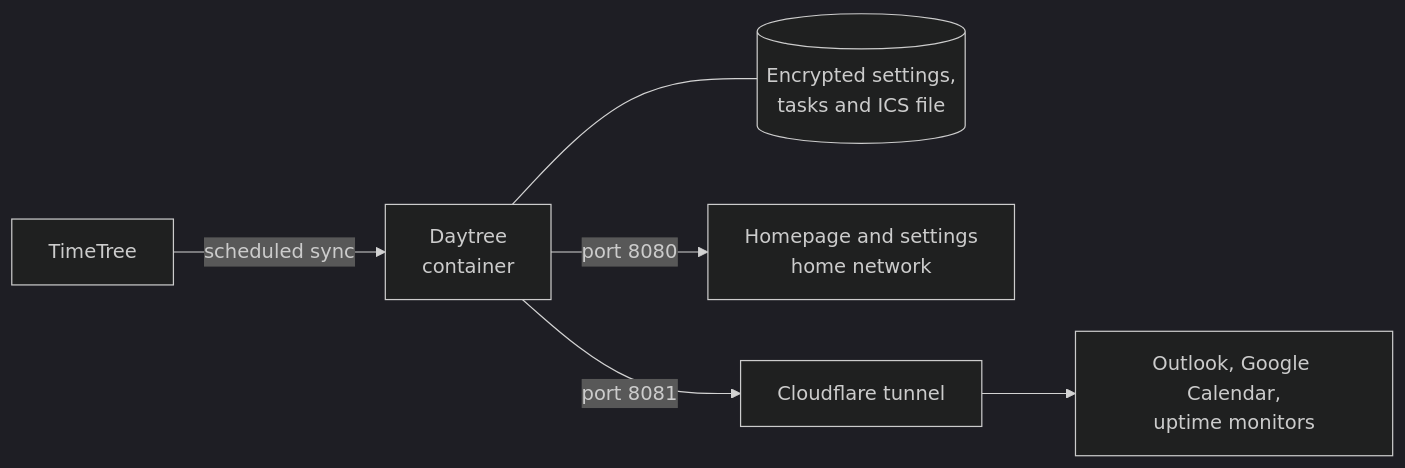
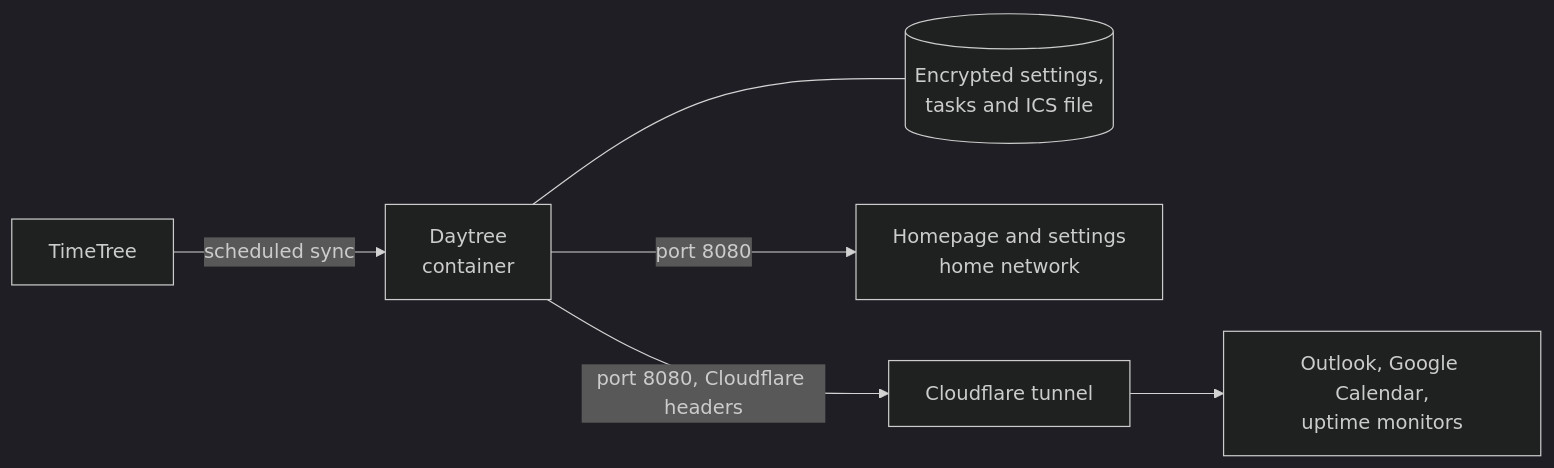
The diagram in README.md (storkakos/daytree), drawn with Mermaid (dark theme) before and after one commit. The commit also changed other lines of this file and 14 other files, not shown here.

````diff
--- a/README.md
+++ b/README.md
@@ -194,8 +198,8 @@
 ```mermaid
 flowchart LR
     TT[TimeTree] -->|scheduled sync| APP[Daytree<br>container]
     APP --- DATA[(Encrypted settings,<br>tasks and ICS file)]
     APP -->|port 8080| LAN[Homepage and settings<br>home network]
-    APP -->|port 8081| CF[Cloudflare tunnel]
+    APP -->|port 8080, Cloudflare headers| CF[Cloudflare tunnel]
     CF --> CAL[Outlook, Google Calendar,<br>uptime monitors]
 ```
````
